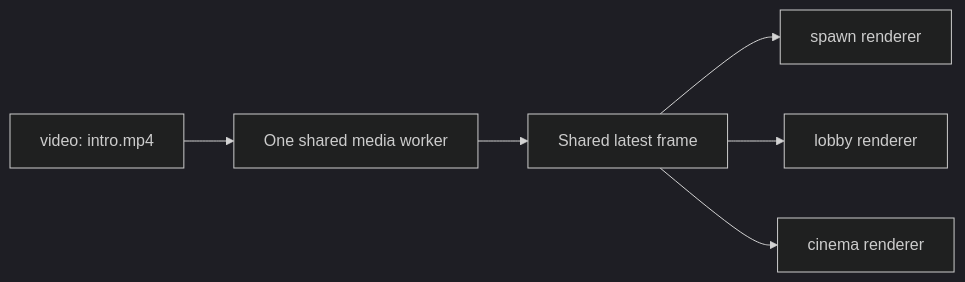
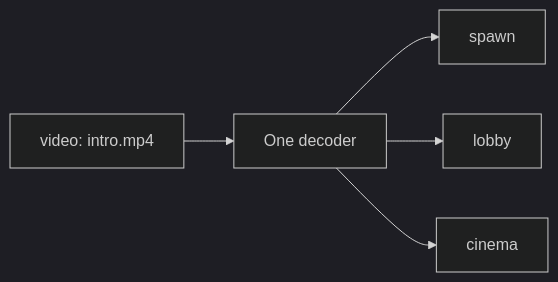
One commit to unknown-566/LuigiScreen-Wiki changed the diagram in screen/multiple-screens.md. Above: the diagram before and after it, drawn with Mermaid (dark theme). The commit also changed other lines of this file and 35 other files, not shown here.

````diff
--- a/screen/multiple-screens.md
+++ b/screen/multiple-screens.md
@@ -33,8 +26,7 @@
 ```mermaid
 flowchart LR
-    A["video: intro.mp4"] --> B["One shared media worker"]
-    B --> C["Shared latest frame"]
-    C --> D["spawn renderer"]
-    C --> E["lobby renderer"]
-    C --> F["cinema renderer"]
+    A["video: intro.mp4"] --> B["One decoder"]
+    B --> C["spawn"]
+    B --> D["lobby"]
+    B --> E["cinema"]
 ```
````
